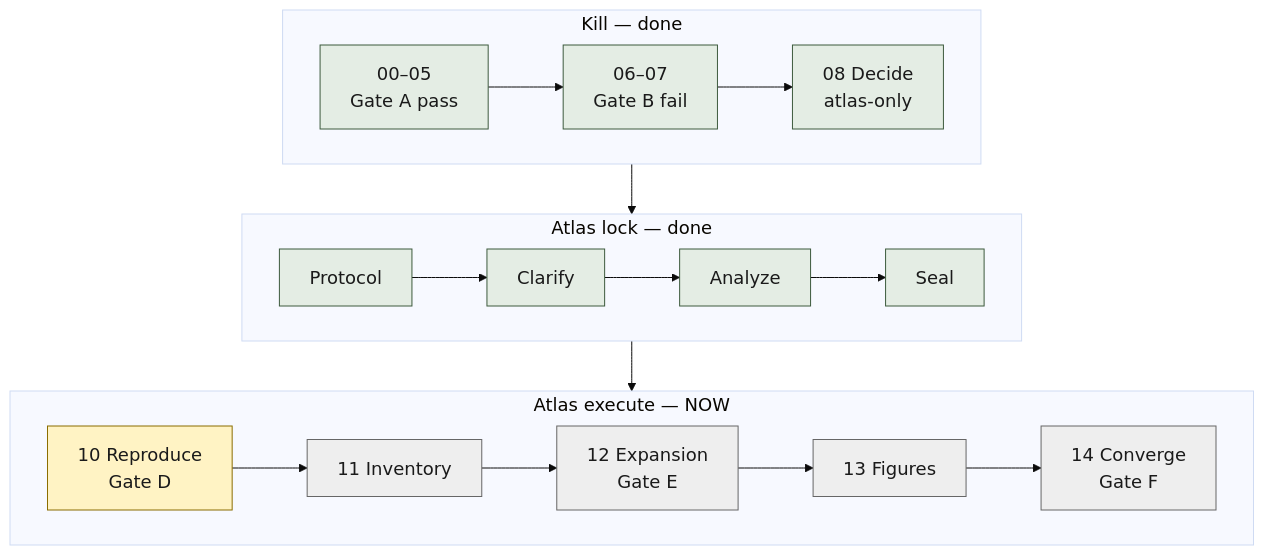
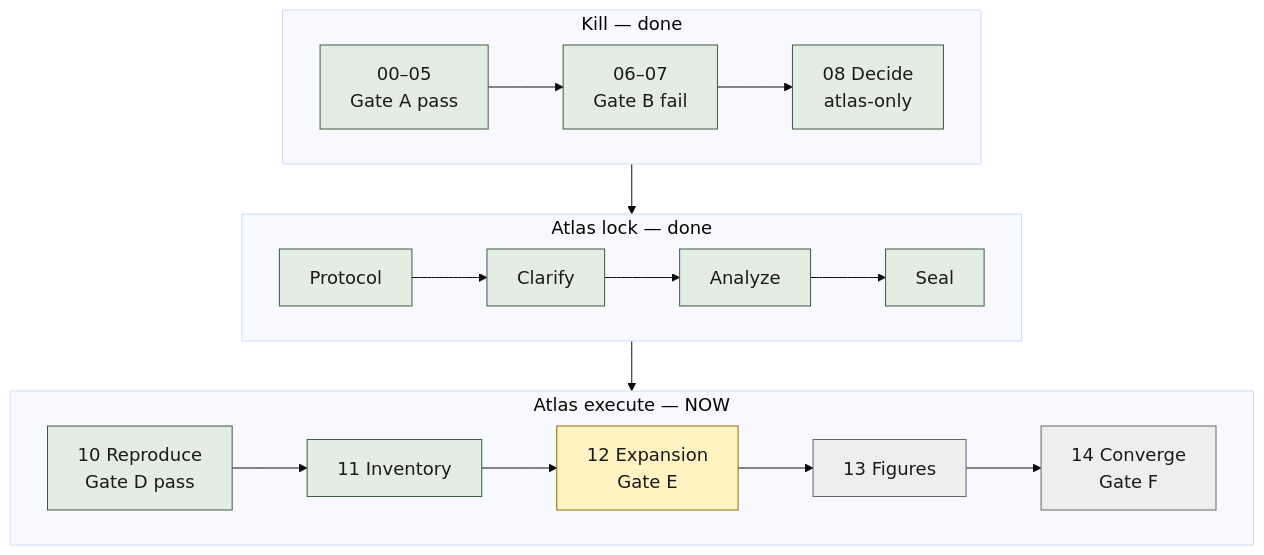
One commit to cauld/scendo changed the diagram in docs/diagrams/scendo-units.mmd. Above: the diagram before and after it, drawn with Mermaid. The commit also changed 18 other files, not shown here.

```diff
--- a/docs/diagrams/scendo-units.mmd
+++ b/docs/diagrams/scendo-units.mmd
@@ -1,32 +1,32 @@
 %%{init: {"theme": "base", "themeVariables": {"fontSize": "18px", "fontFamily": "Helvetica, Arial, sans-serif"}} }%%
 flowchart TB
   subgraph kill["Kill — done"]
     direction LR
     U00["00–05<br/>Gate A pass"] --> U06["06–07<br/>Gate B fail"]
     U06 --> U08["08 Decide<br/>atlas-only"]
   end
 
   subgraph lock["Atlas lock — done"]
     direction LR
     PR["Protocol"] --> CL["Clarify"]
     CL --> AN["Analyze"]
     AN --> SE["Seal"]
   end
 
   subgraph run["Atlas execute — NOW"]
     direction LR
-    U10["10 Reproduce<br/>Gate D"] --> U11["11 Inventory"]
+    U10["10 Reproduce<br/>Gate D pass"] --> U11["11 Inventory"]
     U11 --> U12["12 Expansion<br/>Gate E"]
     U12 --> U13["13 Figures"]
     U13 --> U14["14 Converge<br/>Gate F"]
   end
 
   U08 --> PR
   SE --> U10
 
   classDef done fill:#E4EDE4,stroke:#3D5A3D,color:#1A1A1A
   classDef now fill:#FFF3C4,stroke:#8A6D00,color:#1A1A1A
   classDef later fill:#EEEEEE,stroke:#666666,color:#1A1A1A
-  class U00,U06,U08,PR,CL,AN,SE done
-  class U10 now
-  class U11,U12,U13,U14 later
+  class U00,U06,U08,PR,CL,AN,SE,U10,U11 done
+  class U12 now
+  class U13,U14 later
```
